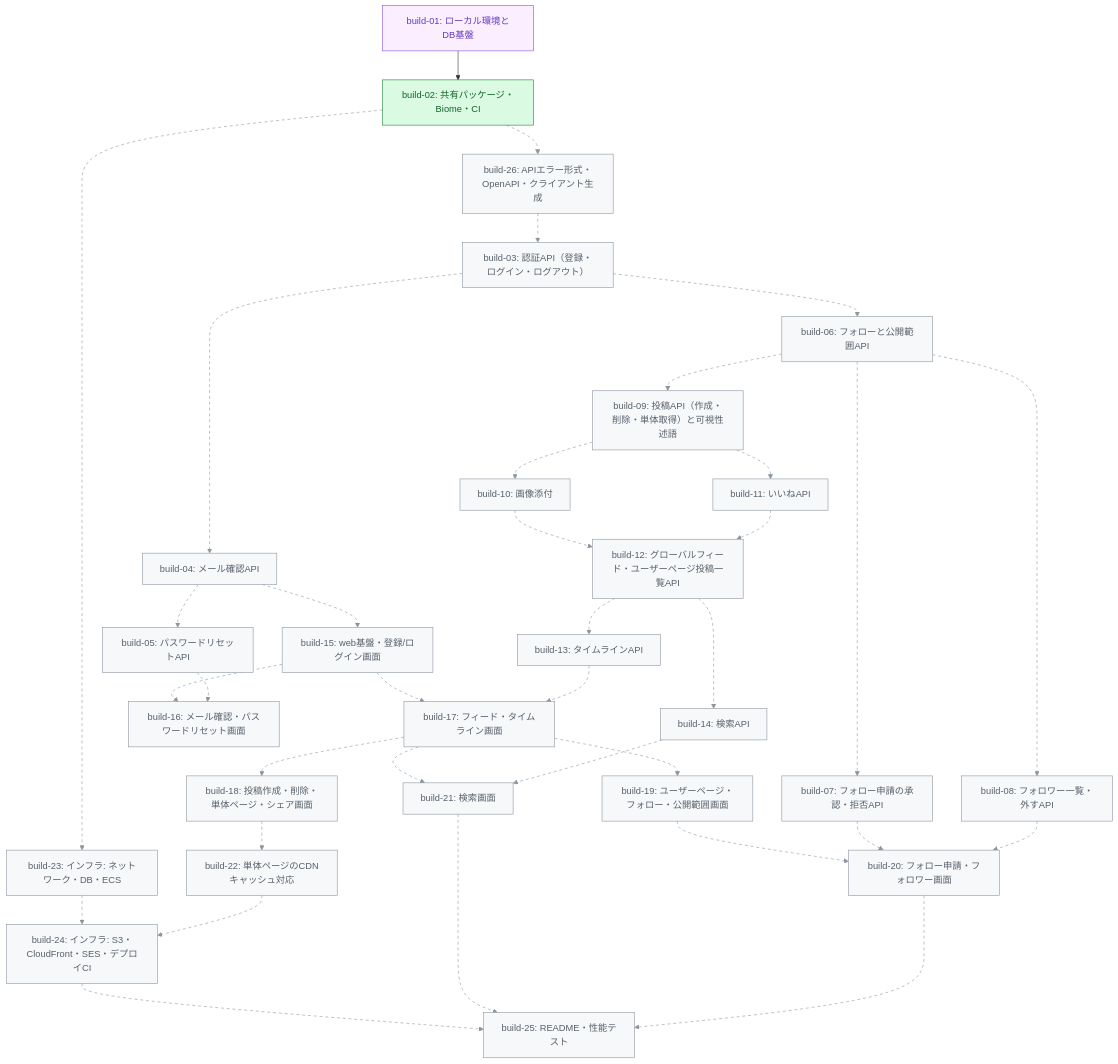
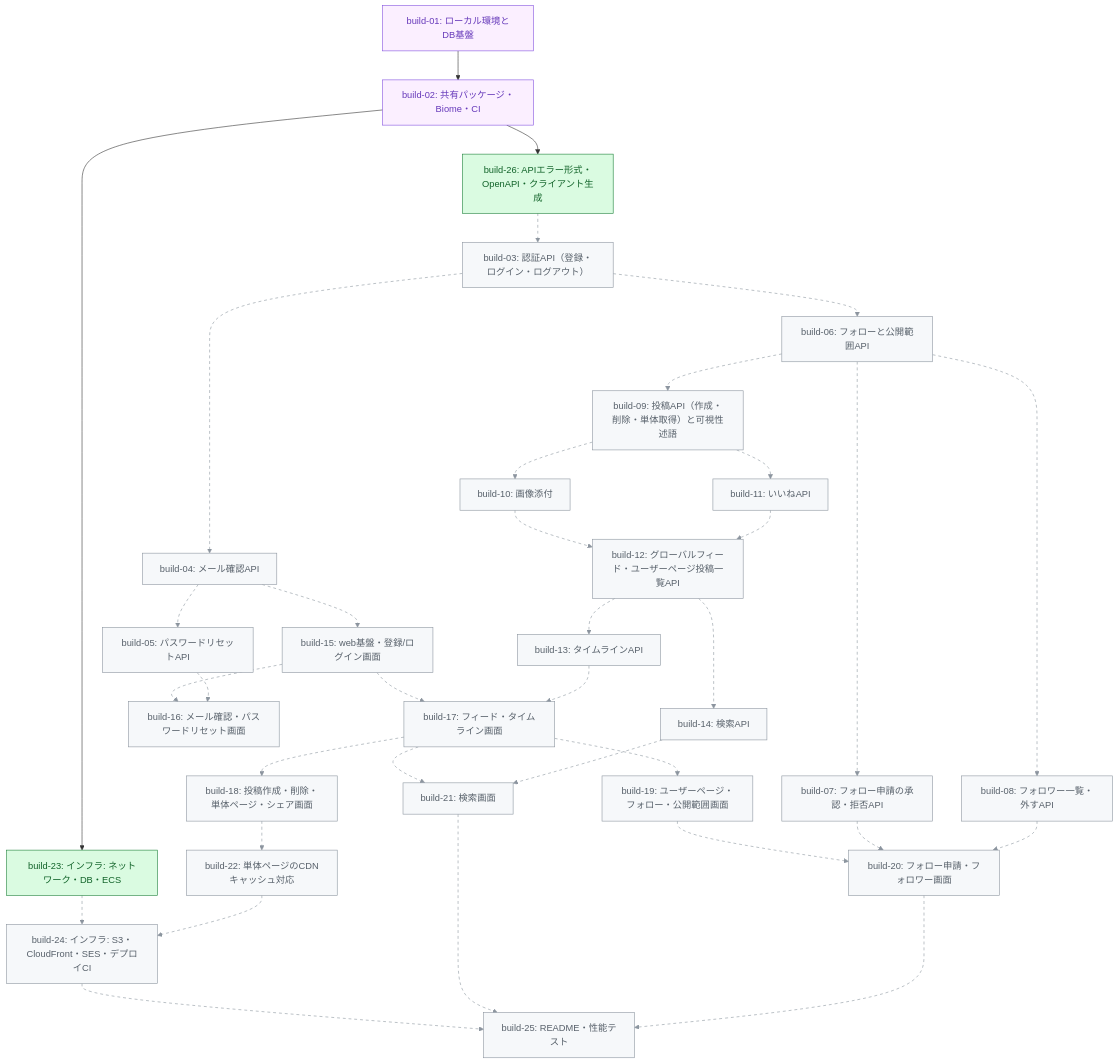
One commit to tak-solder/litmus-sns-sonnet55-hikyaku changed the diagram in docs/hikyaku/cycles/001-mvp/tasklist.md. Above: the diagram before and after it, drawn with Mermaid. The commit also changed other lines of this file, not shown here.

Commit message:
build-02: tasklist の PR 列を更新する

````diff
--- a/docs/hikyaku/cycles/001-mvp/tasklist.md
+++ b/docs/hikyaku/cycles/001-mvp/tasklist.md
@@ -41,70 +41,70 @@
 ```mermaid
 graph TD
   b01["build-01: ローカル環境とDB基盤"]
   b02["build-02: 共有パッケージ・Biome・CI"]
   b03["build-03: 認証API（登録・ログイン・ログアウト）"]
   b04["build-04: メール確認API"]
   b05["build-05: パスワードリセットAPI"]
   b06["build-06: フォローと公開範囲API"]
   b07["build-07: フォロー申請の承認・拒否API"]
   b08["build-08: フォロワー一覧・外すAPI"]
   b09["build-09: 投稿API（作成・削除・単体取得）と可視性述語"]
   b10["build-10: 画像添付"]
   b11["build-11: いいねAPI"]
   b12["build-12: グローバルフィード・ユーザーページ投稿一覧API"]
   b13["build-13: タイムラインAPI"]
   b14["build-14: 検索API"]
   b15["build-15: web基盤・登録/ログイン画面"]
   b16["build-16: メール確認・パスワードリセット画面"]
   b17["build-17: フィード・タイムライン画面"]
   b18["build-18: 投稿作成・削除・単体ページ・シェア画面"]
   b19["build-19: ユーザーページ・フォロー・公開範囲画面"]
   b20["build-20: フォロー申請・フォロワー画面"]
   b21["build-21: 検索画面"]
   b22["build-22: 単体ページのCDNキャッシュ対応"]
   b23["build-23: インフラ: ネットワーク・DB・ECS"]
   b24["build-24: インフラ: S3・CloudFront・SES・デプロイCI"]
   b25["build-25: README・性能テスト"]
   b26["build-26: APIエラー形式・OpenAPI・クライアント生成"]
   b01 --> b02
   b26 -.-> b03
   b03 -.-> b04
   b04 -.-> b05
   b03 -.-> b06
   b06 -.-> b07
   b06 -.-> b08
   b06 -.-> b09
   b09 -.-> b10
   b09 -.-> b11
   b10 -.-> b12
   b11 -.-> b12
   b12 -.-> b13
   b12 -.-> b14
   b04 -.-> b15
   b15 -.-> b16
   b05 -.-> b16
   b15 -.-> b17
   b13 -.-> b17
   b17 -.-> b18
   b17 -.-> b19
   b19 -.-> b20
   b07 -.-> b20
   b08 -.-> b20
   b17 -.-> b21
   b14 -.-> b21
   b18 -.-> b22
-  b02 -.-> b23
+  b02 --> b23
   b23 -.-> b24
   b22 -.-> b24
   b24 -.-> b25
   b21 -.-> b25
   b20 -.-> b25
-  b02 -.-> b26
+  b02 --> b26
   classDef merged fill:#fbefff,stroke:#8250df,color:#6639ba
   classDef ready fill:#dafbe1,stroke:#1a7f37,color:#116329
   classDef blocked fill:#f6f8fa,stroke:#8c959f,color:#57606a
-  class b01 merged
-  class b02 ready
-  class b03,b04,b05,b06,b07,b08,b09,b10,b11,b12,b13,b14,b15,b16,b17,b18,b19,b20,b21,b22,b23,b24,b25,b26 blocked
-  linkStyle 1,2,3,4,5,6,7,8,9,10,11,12,13,14,15,16,17,18,19,20,21,22,23,24,25,26,27,28,29,30,31,32,33 stroke:#8c959f,stroke-dasharray:5 5
+  class b01,b02 merged
+  class b23,b26 ready
+  class b03,b04,b05,b06,b07,b08,b09,b10,b11,b12,b13,b14,b15,b16,b17,b18,b19,b20,b21,b22,b24,b25 blocked
+  linkStyle 1,2,3,4,5,6,7,8,9,10,11,12,13,14,15,16,17,18,19,20,21,22,23,24,25,26,28,29,30,31,32 stroke:#8c959f,stroke-dasharray:5 5
 ```
````
